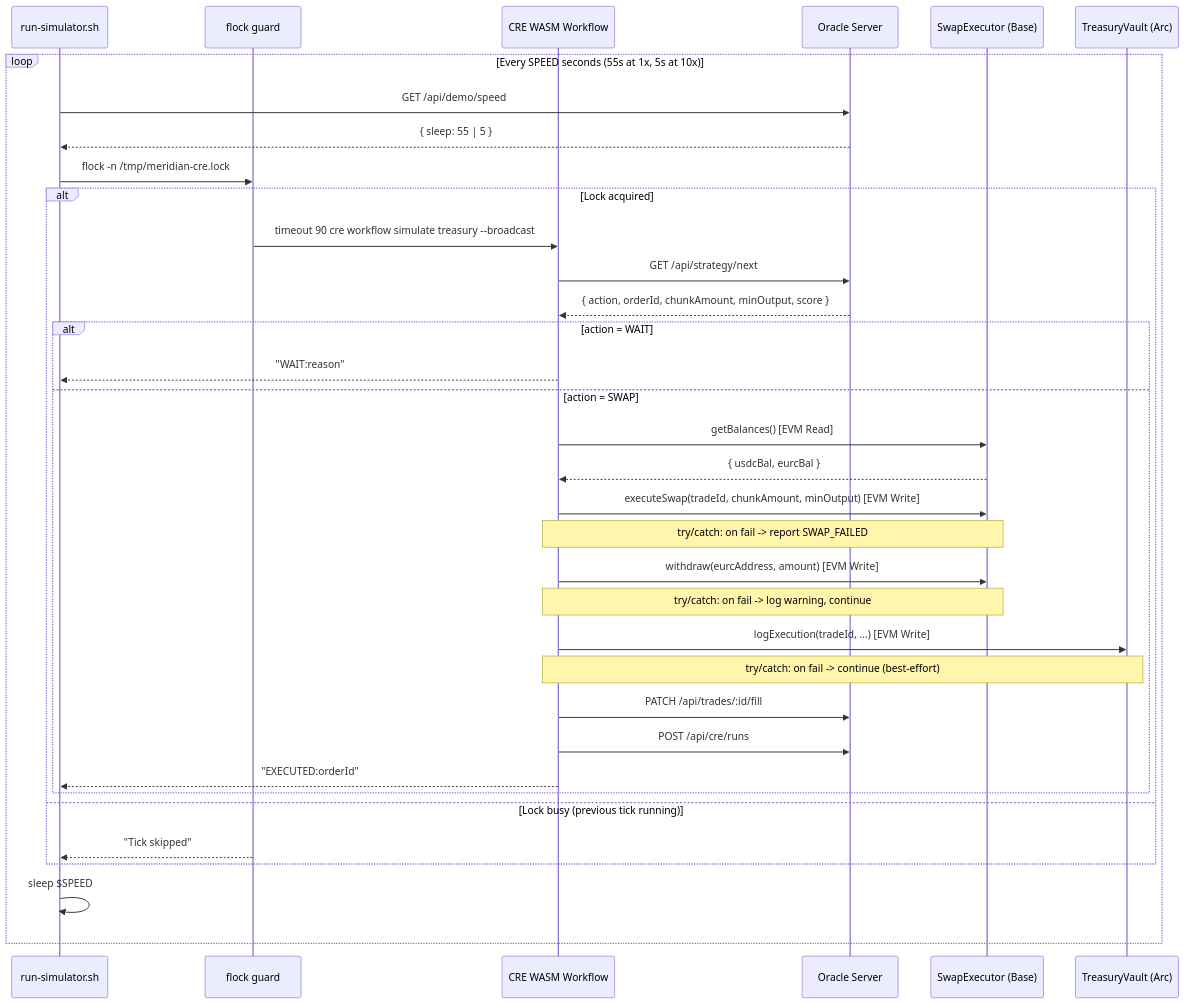
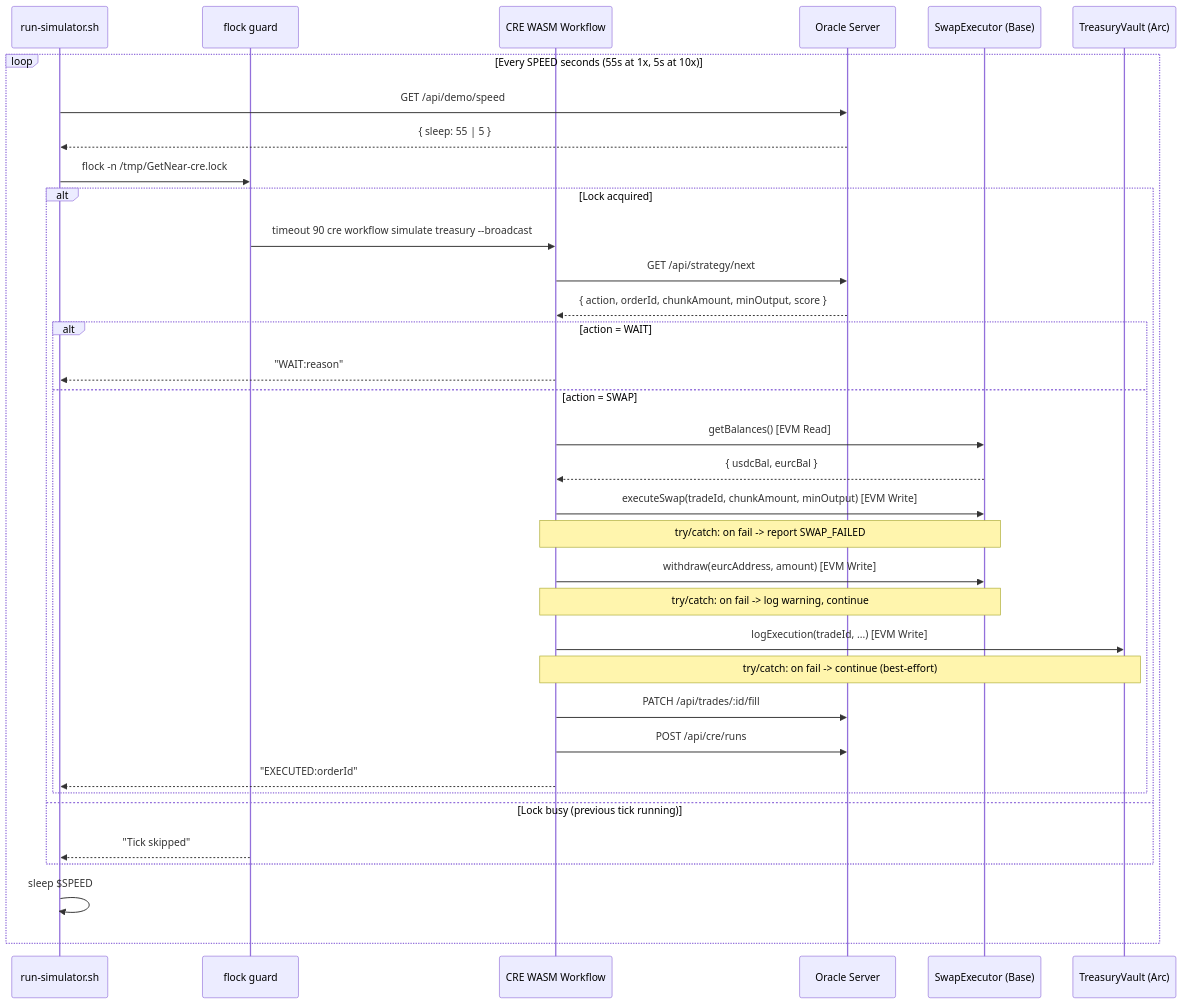
The first of 2 diagrams in docs/diagrams/01-system-overview.md (ChilliRoger/GetNear), drawn with Mermaid before and after one commit. The commit also changed other lines of this file and 29 other files, not shown here.

Commit message:
chore: rebrand — apply GetNear naming in upstream docs and remaining files

````diff
--- a/docs/diagrams/01-system-overview.md
+++ b/docs/diagrams/01-system-overview.md
@@ -71,46 +71,46 @@
 ```mermaid
 sequenceDiagram
     participant Bash as run-simulator.sh
     participant Flock as flock guard
     participant CRE as CRE WASM Workflow
     participant Oracle as Oracle Server
     participant Base as SwapExecutor (Base)
     participant Arc as TreasuryVault (Arc)
 
     loop Every SPEED seconds (55s at 1x, 5s at 10x)
         Bash->>Oracle: GET /api/demo/speed
         Oracle-->>Bash: { sleep: 55 | 5 }
 
-        Bash->>Flock: flock -n /tmp/meridian-cre.lock
+        Bash->>Flock: flock -n /tmp/GetNear-cre.lock
         alt Lock acquired
             Flock->>CRE: timeout 90 cre workflow simulate treasury --broadcast
 
             CRE->>Oracle: GET /api/strategy/next
             Oracle-->>CRE: { action, orderId, chunkAmount, minOutput, score }
 
             alt action = WAIT
                 CRE-->>Bash: "WAIT:reason"
             else action = SWAP
                 CRE->>Base: getBalances() [EVM Read]
                 Base-->>CRE: { usdcBal, eurcBal }
 
                 CRE->>Base: executeSwap(tradeId, chunkAmount, minOutput) [EVM Write]
                 Note over CRE,Base: try/catch: on fail -> report SWAP_FAILED
 
                 CRE->>Base: withdraw(eurcAddress, amount) [EVM Write]
                 Note over CRE,Base: try/catch: on fail -> log warning, continue
 
                 CRE->>Arc: logExecution(tradeId, ...) [EVM Write]
                 Note over CRE,Arc: try/catch: on fail -> continue (best-effort)
 
                 CRE->>Oracle: PATCH /api/trades/:id/fill
                 CRE->>Oracle: POST /api/cre/runs
                 CRE-->>Bash: "EXECUTED:orderId"
             end
         else Lock busy (previous tick running)
             Flock-->>Bash: "Tick skipped"
         end
 
         Bash->>Bash: sleep $SPEED
     end
 ```
````
